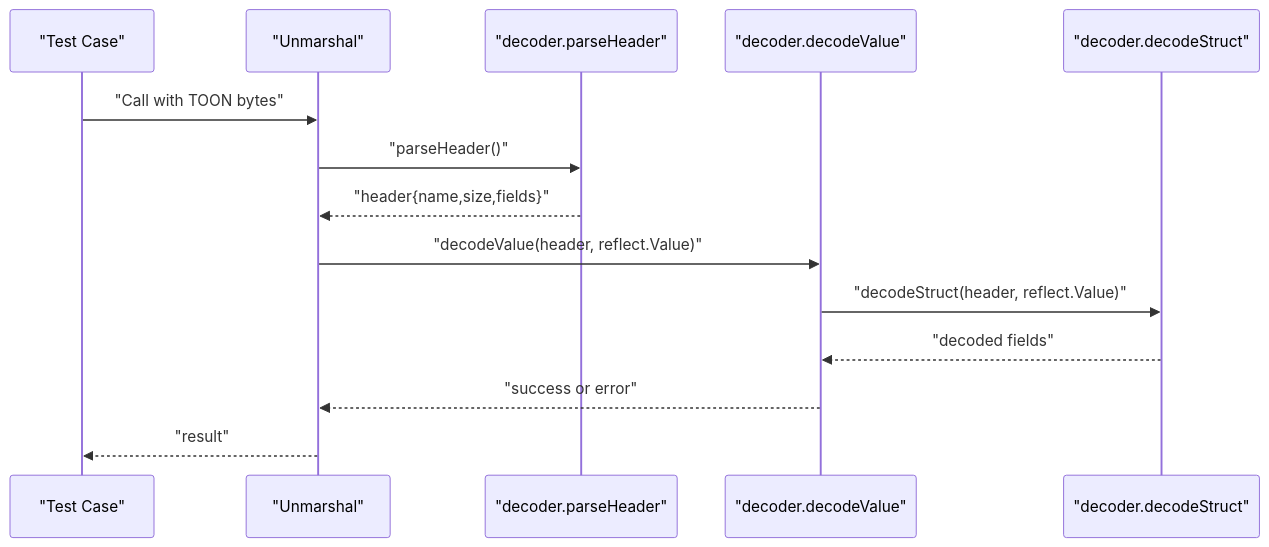
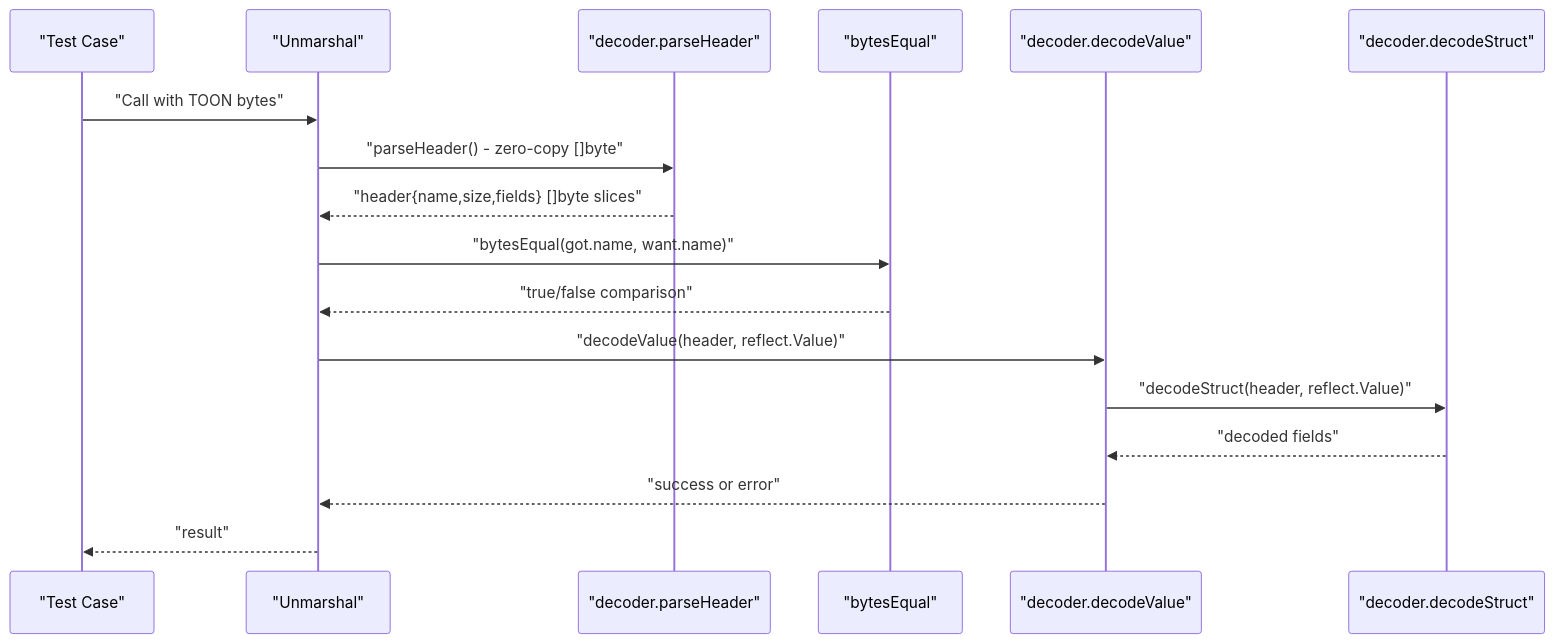
Before and after one commit to OTumanov/go-toon: the third of 6 diagrams in .qoder/repowiki/en/content/Testing and Quality Assurance.md, drawn with Mermaid. The commit also changed other lines of this file and 6 other files, not shown here.

````diff
--- a/.qoder/repowiki/en/content/Testing and Quality Assurance.md
+++ b/.qoder/repowiki/en/content/Testing and Quality Assurance.md
@@ -126,16 +143,19 @@
 ```mermaid
 sequenceDiagram
 participant T as "Test Case"
 participant U as "Unmarshal"
 participant D as "decoder.parseHeader"
+participant BE as "bytesEqual"
 participant DV as "decoder.decodeValue"
 participant DS as "decoder.decodeStruct"
 T->>U : "Call with TOON bytes"
-U->>D : "parseHeader()"
-D-->>U : "header{name,size,fields}"
+U->>D : "parseHeader() - zero-copy []byte"
+D-->>U : "header{name,size,fields} []byte slices"
+U->>BE : "bytesEqual(got.name, want.name)"
+BE-->>U : "true/false comparison"
 U->>DV : "decodeValue(header, reflect.Value)"
 DV->>DS : "decodeStruct(header, reflect.Value)"
 DS-->>DV : "decoded fields"
 DV-->>U : "success or error"
 U-->>T : "result"
 ```
````
